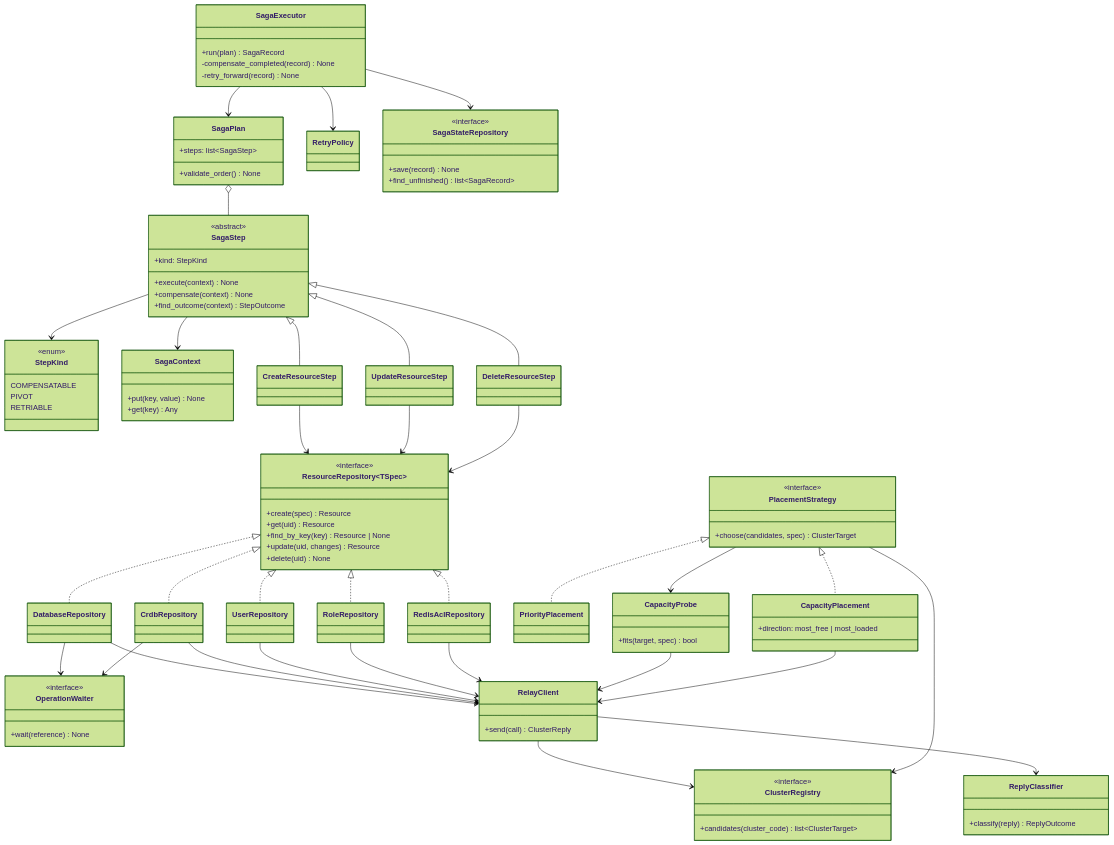
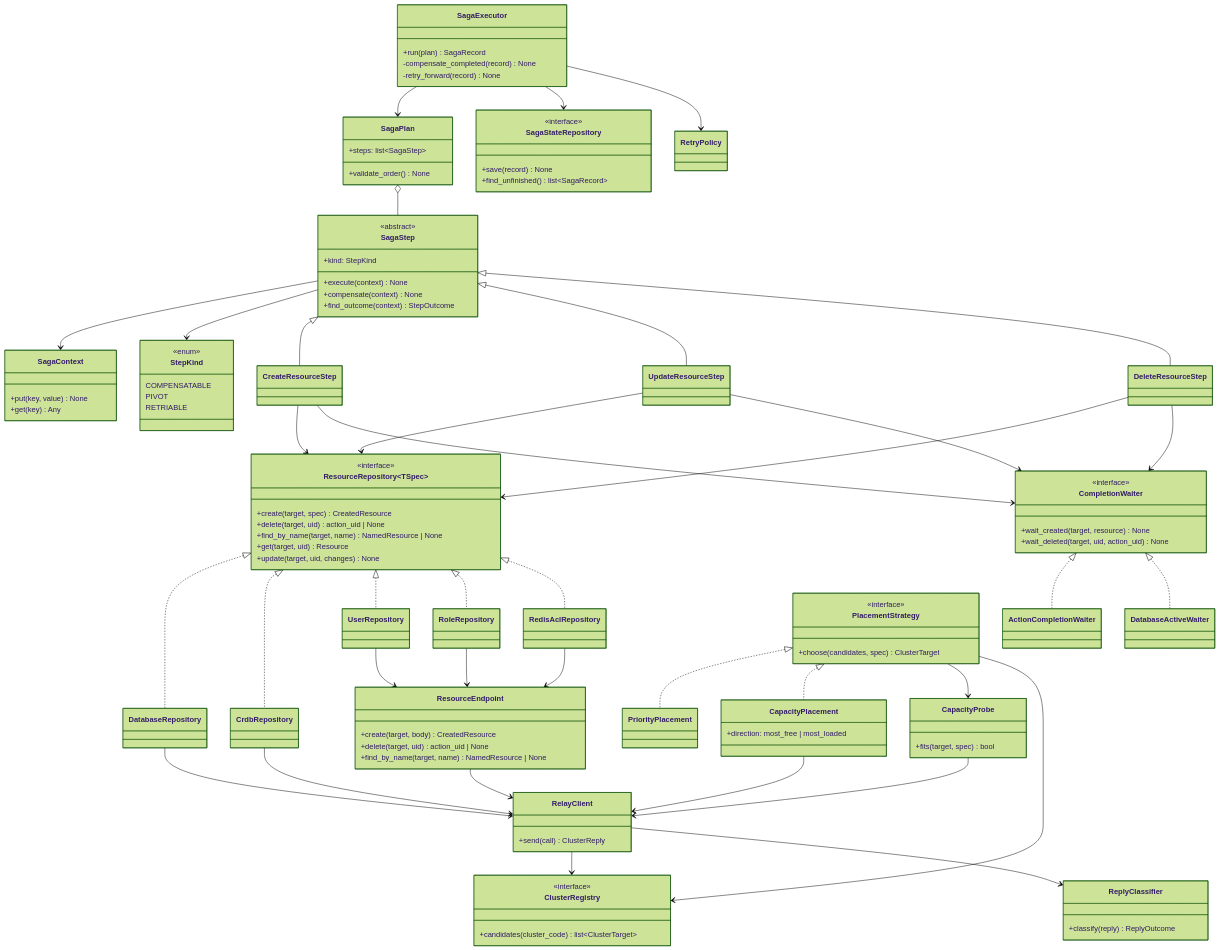
The second of 2 diagrams in docs/design/saga.md (EliShteinman/redis-enterprise-services), drawn with Mermaid (forest theme) before and after one commit. The commit also changed other lines of this file, not shown here.

Commit message:
docs(saga): the class diagram shows ResourceEndpoint, CompletionWaiter and the steps that receive it

```diff
--- a/docs/design/saga.md
+++ b/docs/design/saga.md
@@ -696,21 +696,29 @@
 
     class ResourceRepository~TSpec~ {
         <<interface>>
-        +create(spec) Resource
-        +get(uid) Resource
-        +find_by_key(key) Resource | None
-        +update(uid, changes) Resource
-        +delete(uid) None
+        +create(target, spec) CreatedResource
+        +delete(target, uid) action_uid | None
+        +find_by_name(target, name) NamedResource | None
+        +get(target, uid) Resource
+        +update(target, uid, changes) None
+    }
+    class ResourceEndpoint {
+        +create(target, body) CreatedResource
+        +delete(target, uid) action_uid | None
+        +find_by_name(target, name) NamedResource | None
     }
     class DatabaseRepository
     class CrdbRepository
     class UserRepository
     class RoleRepository
     class RedisAclRepository
-    class OperationWaiter {
+    class CompletionWaiter {
         <<interface>>
-        +wait(reference) None
+        +wait_created(target, resource) None
+        +wait_deleted(target, uid, action_uid) None
     }
+    class ActionCompletionWaiter
+    class DatabaseActiveWaiter
 
     class ClusterRegistry {
         <<interface>>
@@ -746,18 +754,22 @@
     CreateResourceStep --> ResourceRepository
     UpdateResourceStep --> ResourceRepository
     DeleteResourceStep --> ResourceRepository
+    CreateResourceStep --> CompletionWaiter
+    UpdateResourceStep --> CompletionWaiter
+    DeleteResourceStep --> CompletionWaiter
+    CompletionWaiter <|.. ActionCompletionWaiter
+    CompletionWaiter <|.. DatabaseActiveWaiter
     ResourceRepository <|.. DatabaseRepository
     ResourceRepository <|.. CrdbRepository
     ResourceRepository <|.. UserRepository
     ResourceRepository <|.. RoleRepository
     ResourceRepository <|.. RedisAclRepository
-    DatabaseRepository --> OperationWaiter
-    CrdbRepository --> OperationWaiter
     DatabaseRepository --> RelayClient
     CrdbRepository --> RelayClient
-    UserRepository --> RelayClient
-    RoleRepository --> RelayClient
-    RedisAclRepository --> RelayClient
+    UserRepository --> ResourceEndpoint
+    RoleRepository --> ResourceEndpoint
+    RedisAclRepository --> ResourceEndpoint
+    ResourceEndpoint --> RelayClient
     RelayClient --> ClusterRegistry
     PlacementStrategy <|.. PriorityPlacement
     PlacementStrategy <|.. CapacityPlacement
```
